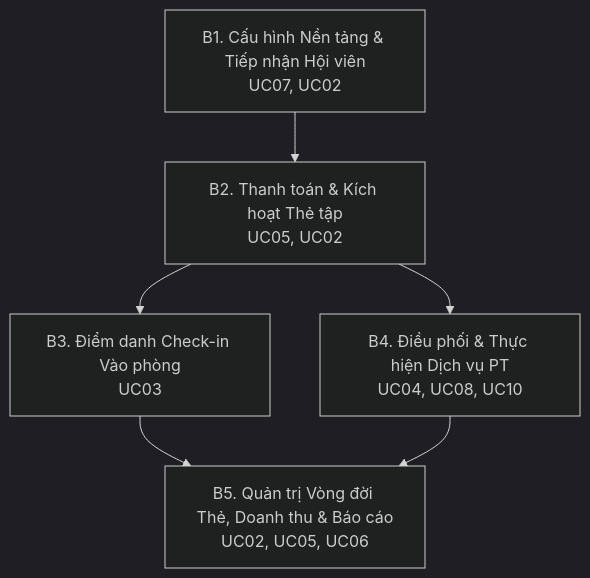
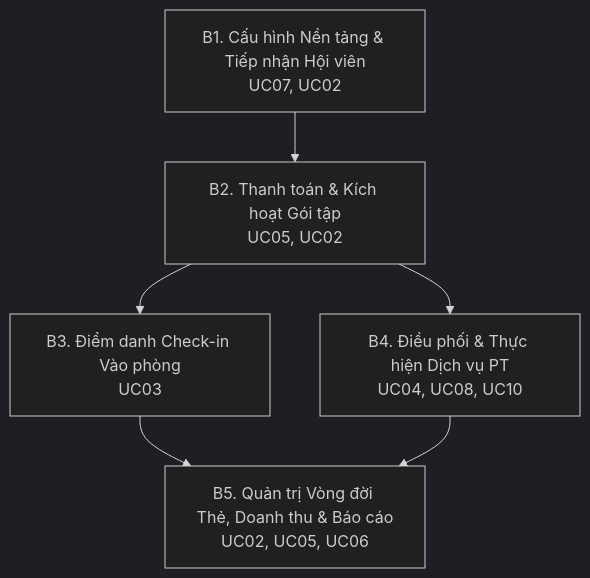
One commit to kkons2212/Gym-management changed the diagram in Document/PRD.md. Above: the diagram before and after it, drawn with Mermaid (dark theme). The commit also changed other lines of this file and 7 other files, not shown here.

````diff
--- a/Document/PRD.md
+++ b/Document/PRD.md
@@ -45,8 +45,8 @@
 ```mermaid
 graph TD
-    B1[B1. Cấu hình Nền tảng & Tiếp nhận Hội viên<br>UC07, UC02] --> B2[B2. Thanh toán & Kích hoạt Thẻ tập<br>UC05, UC02]
+    B1[B1. Cấu hình Nền tảng & Tiếp nhận Hội viên<br>UC07, UC02] --> B2[B2. Thanh toán & Kích hoạt Gói tập<br>UC05, UC02]
     B2 --> B3[B3. Điểm danh Check-in Vào phòng<br>UC03]
     B2 --> B4[B4. Điều phối & Thực hiện Dịch vụ PT<br>UC04, UC08, UC10]
     B3 --> B5[B5. Quản trị Vòng đời Thẻ, Doanh thu & Báo cáo<br>UC02, UC05, UC06]
     B4 --> B5
 ```
````
